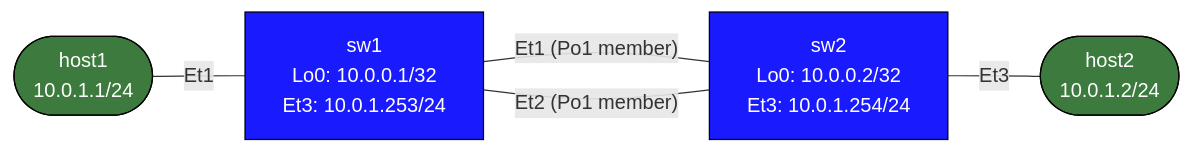
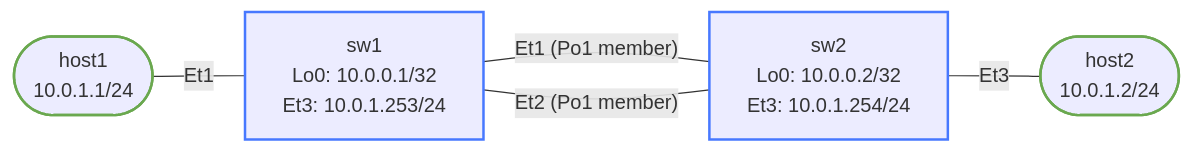
One commit to jschless/networkingLabs changed the diagram in labs/lacp-etherchannel/README.md. Above: the diagram before and after it, drawn with Mermaid. The commit also changed 250 other files, not shown here.

Commit message:
Fix unreadable topology diagrams, convert ASCII art, publish assessments (#57)

````diff
--- a/labs/lacp-etherchannel/README.md
+++ b/labs/lacp-etherchannel/README.md
@@ -30,18 +30,18 @@
 ```mermaid
 flowchart LR
-    host1(["host1\n10.0.1.1/24"])
-    sw1["sw1\nLo0: 10.0.0.1/32\nEt3: 10.0.1.253/24"]
-    sw2["sw2\nLo0: 10.0.0.2/32\nEt3: 10.0.1.254/24"]
-    host2(["host2\n10.0.1.2/24"])
+    host1(["host1<br/>10.0.1.1/24"])
+    sw1["sw1<br/>Lo0: 10.0.0.1/32<br/>Et3: 10.0.1.253/24"]
+    sw2["sw2<br/>Lo0: 10.0.0.2/32<br/>Et3: 10.0.1.254/24"]
+    host2(["host2<br/>10.0.1.2/24"])
 
     host1 -- "Et1" --- sw1
     sw1 -- "Et1 (Po1 member)" --- sw2
     sw1 -- "Et2 (Po1 member)" --- sw2
     sw2 -- "Et3" --- host2
 
-    classDef router fill:#1a1aff,color:#fff,stroke:#000
-    classDef host   fill:#3d7a3d,color:#fff,stroke:#000
+    classDef router stroke:#4778ff,stroke-width:2px
+    classDef host stroke:#6aa84f,stroke-width:2px
 
     class sw1,sw2 router
     class host1,host2 host
 ```
````
